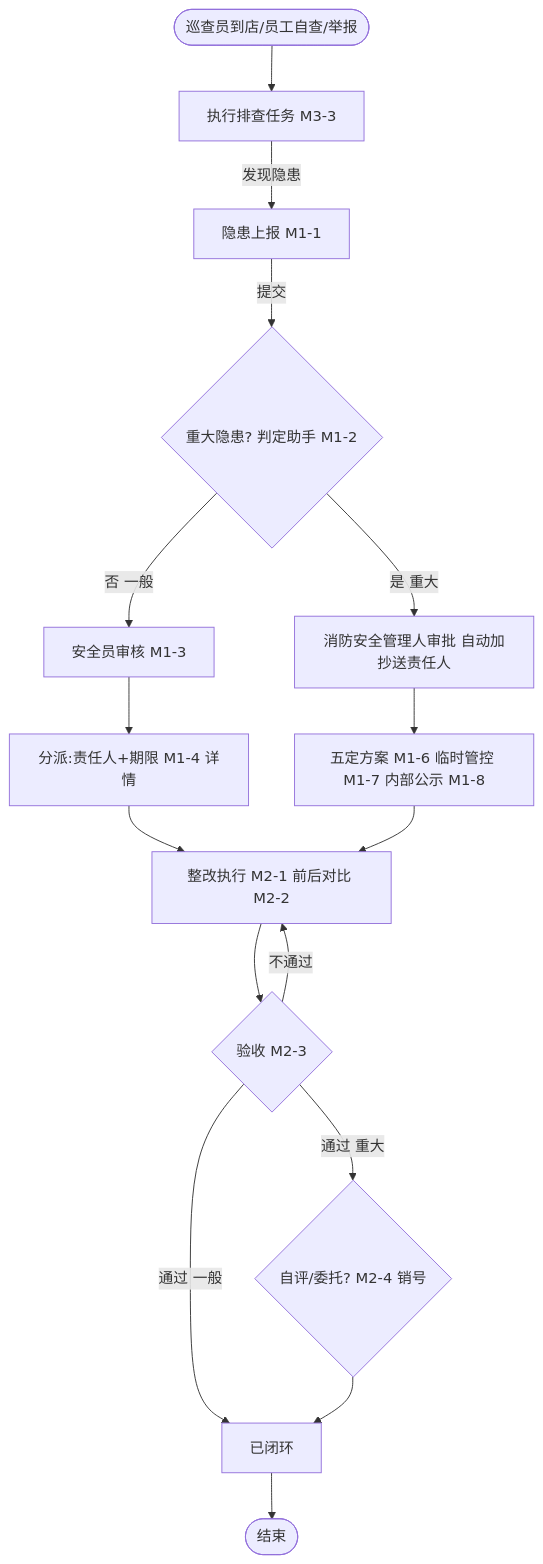
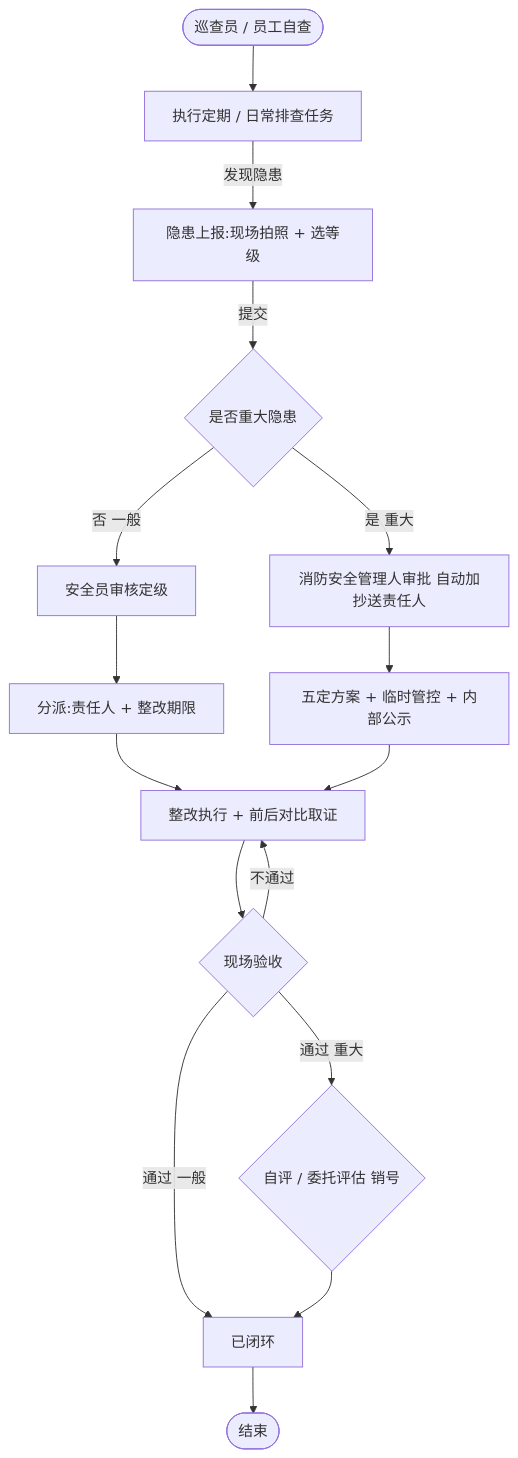
One commit to LiSunny/SaaS_Demo changed the first of 8 diagrams in docs/隐患管理/biz-design-大纲.md. Above: the diagram before and after it, drawn with Mermaid. The commit also changed other lines of this file and 2 other files, not shown here.

````diff
--- a/docs/隐患管理/biz-design-大纲.md
+++ b/docs/隐患管理/biz-design-大纲.md
@@ -341,23 +320,23 @@
 ```mermaid
 flowchart TD
-    Start([巡查员到店/员工自查/举报]) --> M3Exec[执行排查任务 M3-3]
-    M3Exec -->|发现隐患| M1Report[隐患上报 M1-1]
-    M1Report -->|提交| Judge{重大隐患? 判定助手 M1-2}
+    Start([巡查员 / 员工自查 ]) --> M3Exec[执行定期 / 日常排查任务]
+    M3Exec -->|发现隐患| M1Report[隐患上报:现场拍照 + 选等级]
+    M1Report -->|提交| Judge{是否重大隐患}
 
-    Judge -->|否 一般| Review[安全员审核 M1-3]
+    Judge -->|否 一般| Review[安全员审核定级]
     Judge -->|是 重大| HeavyReview[消防安全管理人审批 自动加抄送责任人]
 
-    Review --> Assign[分派:责任人+期限 M1-4 详情]
-    HeavyReview --> HeavyAssign[五定方案 M1-6 临时管控 M1-7 内部公示 M1-8]
+    Review --> Assign[分派:责任人 + 整改期限]
+    HeavyReview --> HeavyAssign[五定方案 + 临时管控 + 内部公示]
 
-    Assign --> M2Rect[整改执行 M2-1 前后对比 M2-2]
+    Assign --> M2Rect[整改执行 + 前后对比取证]
     HeavyAssign --> M2Rect
 
-    M2Rect --> M2Verify{验收 M2-3}
+    M2Rect --> M2Verify{现场验收}
     M2Verify -->|不通过| M2Rect
     M2Verify -->|通过 一般| Closed[已闭环]
-    M2Verify -->|通过 重大| Evaluate{自评/委托? M2-4 销号}
+    M2Verify -->|通过 重大| Evaluate{自评 / 委托评估 销号}
     Evaluate --> Closed
 
     Closed --> End([结束])
 ```
````
